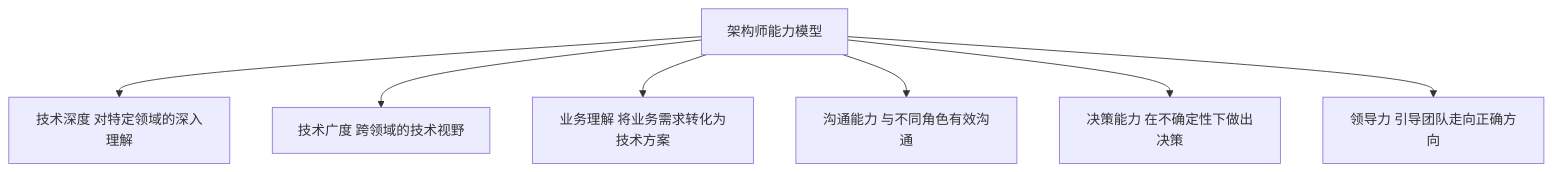
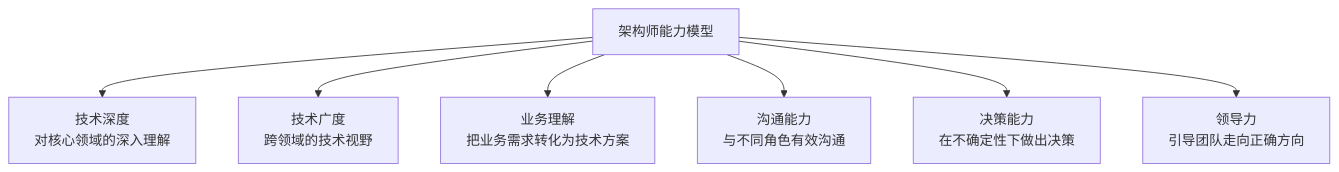
Before and after one commit to complexInG/FANDEX: the diagram in cnt-content/full/038-software-architecture/001-SoftwareArchitectureOverview.md, drawn with Mermaid. The commit also changed other lines of this file and 31 other files, not shown here.

````diff
--- a/cnt-content/full/038-software-architecture/001-SoftwareArchitectureOverview.md
+++ b/cnt-content/full/038-software-architecture/001-SoftwareArchitectureOverview.md
@@ -57,10 +129,10 @@
 ```mermaid
 flowchart TD
     A[架构师能力模型]
-    A --> TD[技术深度 对特定领域的深入理解]
-    A --> TB[技术广度 跨领域的技术视野]
-    A --> BU[业务理解 将业务需求转化为技术方案]
-    A --> COM[沟通能力 与不同角色有效沟通]
-    A --> DEC[决策能力 在不确定性下做出决策]
-    A --> LDR[领导力 引导团队走向正确方向]
+    A --> TD[技术深度<br/>对核心领域的深入理解]
+    A --> TB[技术广度<br/>跨领域的技术视野]
+    A --> BU[业务理解<br/>把业务需求转化为技术方案]
+    A --> COM[沟通能力<br/>与不同角色有效沟通]
+    A --> DEC[决策能力<br/>在不确定性下做出决策]
+    A --> LDR[领导力<br/>引导团队走向正确方向]
 ```
````
